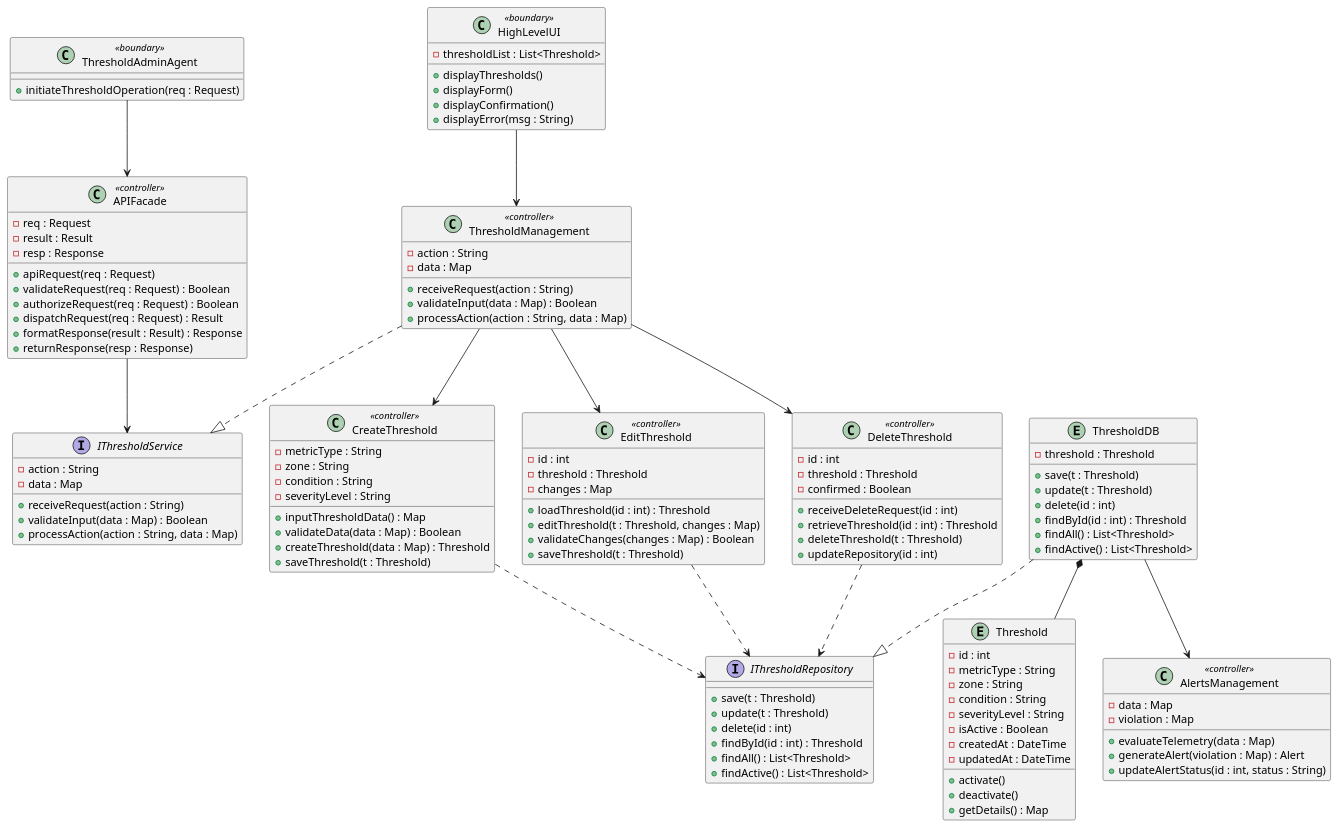
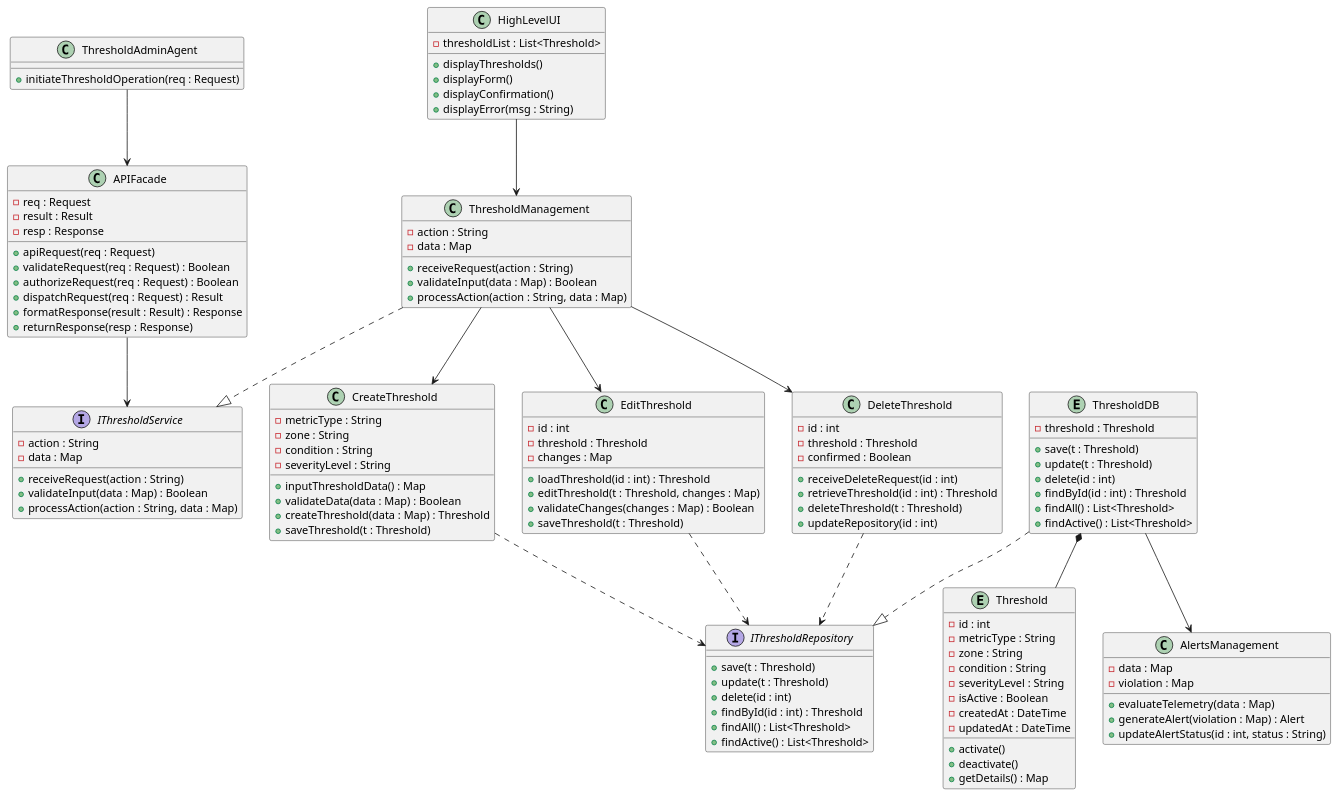
The diagram in docs/diagrams/plantuml/class/thresh_subsystem.puml (harmanpreet-sagar/sfwreng-3a04-group6-t01-scemas), drawn with PlantUML before and after one commit. The commit also changed 1 other file, not shown here.

Commit message:
remove boundary and controller explicit labels on class diagrams

```diff
--- a/docs/diagrams/plantuml/class/thresh_subsystem.puml
+++ b/docs/diagrams/plantuml/class/thresh_subsystem.puml
@@ -1,146 +1,146 @@
 @startuml ThresholdManagement_ClassDiagram
 
-class ThresholdAdminAgent <<boundary>> {
+class ThresholdAdminAgent {
   +initiateThresholdOperation(req : Request)
 }
 
-class APIFacade <<controller>>{
+class APIFacade {
   -req : Request
   -result : Result
   -resp : Response
   +apiRequest(req : Request)
   +validateRequest(req : Request) : Boolean
   +authorizeRequest(req : Request) : Boolean
   +dispatchRequest(req : Request) : Result
   +formatResponse(result : Result) : Response
   +returnResponse(resp : Response)
 }
 
 interface IThresholdService {
   -action : String
   -data : Map
   +receiveRequest(action : String)
   +validateInput(data : Map) : Boolean
   +processAction(action : String, data : Map)
 }
 
-class HighLevelUI <<boundary>> {
+class HighLevelUI {
   -thresholdList : List<Threshold>
   +displayThresholds()
   +displayForm()
   +displayConfirmation()
   +displayError(msg : String)
 }
 
-class ThresholdManagement <<controller>>{
+class ThresholdManagement {
   -action : String
   -data : Map
   +receiveRequest(action : String)
   +validateInput(data : Map) : Boolean
   +processAction(action : String, data : Map)
 }
 
-class CreateThreshold <<controller>>{
+class CreateThreshold {
   -metricType : String
   -zone : String
   -condition : String
   -severityLevel : String
   +inputThresholdData() : Map
   +validateData(data : Map) : Boolean
   +createThreshold(data : Map) : Threshold
   +saveThreshold(t : Threshold)
 }
 
-class EditThreshold <<controller>> {
+class EditThreshold {
   -id : int
   -threshold : Threshold
   -changes : Map
   +loadThreshold(id : int) : Threshold
   +editThreshold(t : Threshold, changes : Map)
   +validateChanges(changes : Map) : Boolean
   +saveThreshold(t : Threshold)
 }
 
-class DeleteThreshold <<controller>> {
+class DeleteThreshold {
   -id : int
   -threshold : Threshold
   -confirmed : Boolean
   +receiveDeleteRequest(id : int)
   +retrieveThreshold(id : int) : Threshold
   +deleteThreshold(t : Threshold)
   +updateRepository(id : int)
 }
 
 interface IThresholdRepository {
   +save(t : Threshold)
   +update(t : Threshold)
   +delete(id : int)
   +findById(id : int) : Threshold
   +findAll() : List<Threshold>
   +findActive() : List<Threshold>
 }
 
 entity ThresholdDB {
   -threshold : Threshold
   +save(t : Threshold)
   +update(t : Threshold)
   +delete(id : int)
   +findById(id : int) : Threshold
   +findAll() : List<Threshold>
   +findActive() : List<Threshold>
 }
 
 entity Threshold {
   -id : int
   -metricType : String
   -zone : String
   -condition : String
   -severityLevel : String
   -isActive : Boolean
   -createdAt : DateTime
   -updatedAt : DateTime
   +activate()
   +deactivate()
   +getDetails() : Map
 }
 
-class AlertsManagement <<controller>> {
+class AlertsManagement {
   -data : Map
   -violation : Map
   +evaluateTelemetry(data : Map)
   +generateAlert(violation : Map) : Alert
   +updateAlertStatus(id : int, status : String)
 }
 
 ' Boundary → APIFacade
 ThresholdAdminAgent --> APIFacade
 
 ' APIFacade routes through interface
 APIFacade --> IThresholdService
 
 ' HighLevelUI communicates with ThresholdManagement directly (display layer)
 HighLevelUI --> ThresholdManagement
 
 ' ThresholdManagement implements the service interface
 ThresholdManagement ..|> IThresholdService
 
 ' ThresholdManagement delegates to operation controllers
 ThresholdManagement --> CreateThreshold
 ThresholdManagement --> EditThreshold
 ThresholdManagement --> DeleteThreshold
 
 ' Operation controllers depend on the repository interface
 CreateThreshold ..> IThresholdRepository
 EditThreshold ..> IThresholdRepository
 DeleteThreshold ..> IThresholdRepository
 
 ' ThresholdDB implements the repository interface
 ThresholdDB ..|> IThresholdRepository
 
 ' ThresholdDB owns Threshold records
 ThresholdDB *-- Threshold
 
 ' ThresholdDB supplies active thresholds to AlertsManagement
 ThresholdDB --> AlertsManagement
 
 @enduml
```
